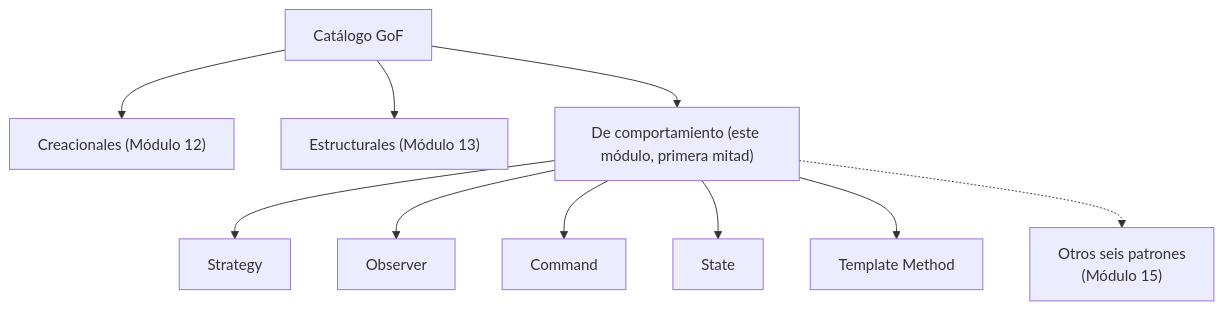
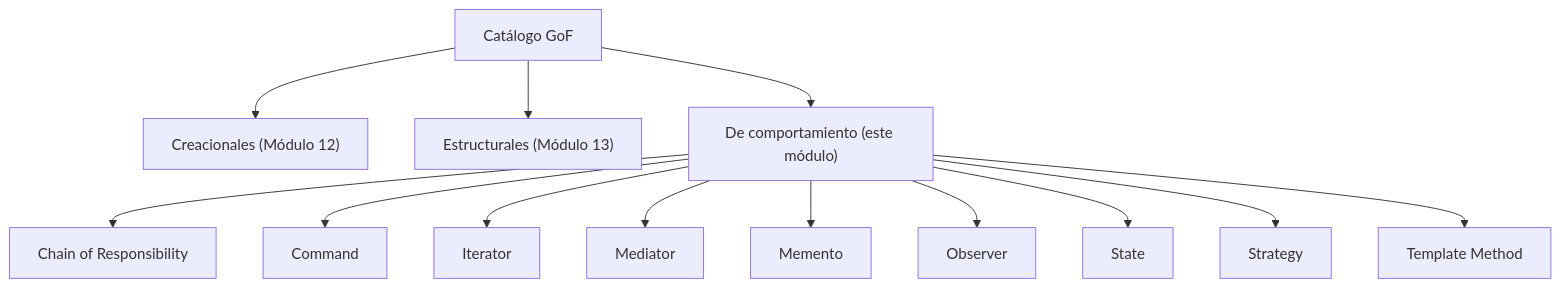
The diagram in generador-cursos/curso-java/14-patrones-comportamiento/material/ejemplos/01-que-son-los-patrones-de-comportamiento.md (crodrigr/skill-java), drawn with Mermaid before and after one commit. The commit also changed other lines of this file and 59 other files, not shown here.

````diff
--- a/generador-cursos/curso-java/14-patrones-comportamiento/material/ejemplos/01-que-son-los-patrones-de-comportamiento.md
+++ b/generador-cursos/curso-java/14-patrones-comportamiento/material/ejemplos/01-que-son-los-patrones-de-comportamiento.md
@@ -13,12 +13,15 @@
 ```mermaid
 flowchart TB
     GOF["Catálogo GoF"] --> C["Creacionales (Módulo 12)"]
     GOF --> E["Estructurales (Módulo 13)"]
-    GOF --> B["De comportamiento (este módulo, primera mitad)"]
-    B --> ST["Strategy"]
+    GOF --> B["De comportamiento (este módulo)"]
+    B --> CH["Chain of Responsibility"]
+    B --> CO["Command"]
+    B --> IT["Iterator"]
+    B --> ME["Mediator"]
+    B --> MM["Memento"]
     B --> OB["Observer"]
-    B --> CO["Command"]
-    B --> SE["State"]
+    B --> ST["State"]
+    B --> SG["Strategy"]
     B --> TM["Template Method"]
-    B -.-> M15["Otros seis patrones\n(Módulo 15)"]
 ```
````
